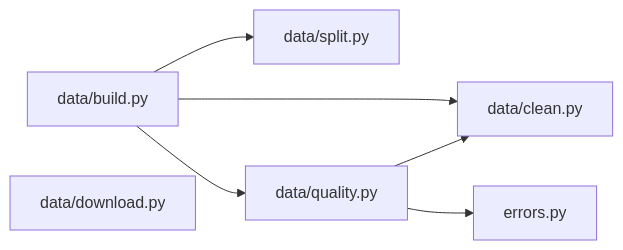
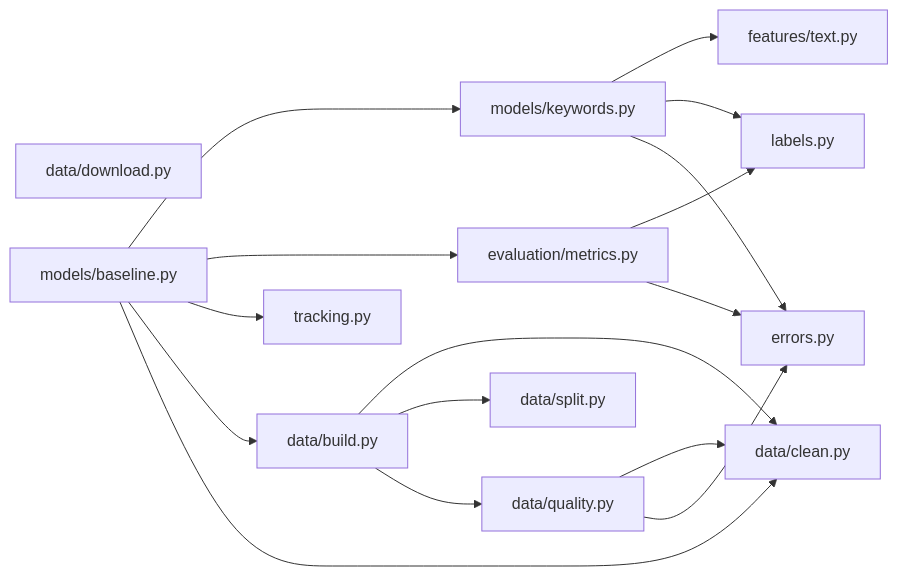
Before and after one commit to clementRbl/review-pilot: the second of 2 diagrams in docs/architecture.md, drawn with Mermaid. The commit also changed other lines of this file and 3 other files, not shown here.

Commit message:
docs: update architecture, code guide, start guide and phase 3 tracking

````diff
--- a/docs/architecture.md
+++ b/docs/architecture.md
@@ -83,9 +113,20 @@
 ```mermaid
 flowchart LR
     build["data/build.py"] --> clean["data/clean.py"]
     build --> split["data/split.py"]
     build --> quality["data/quality.py"]
     quality --> clean
     quality --> errors["errors.py"]
     download["data/download.py"]
+
+    baseline["models/baseline.py"] --> keywords["models/keywords.py"]
+    baseline --> metrics["evaluation/metrics.py"]
+    baseline --> tracking["tracking.py"]
+    baseline --> build
+    baseline --> clean
+    keywords --> text["features/text.py"]
+    keywords --> labels["labels.py"]
+    keywords --> errors
+    metrics --> labels
+    metrics --> errors
 ```
````
